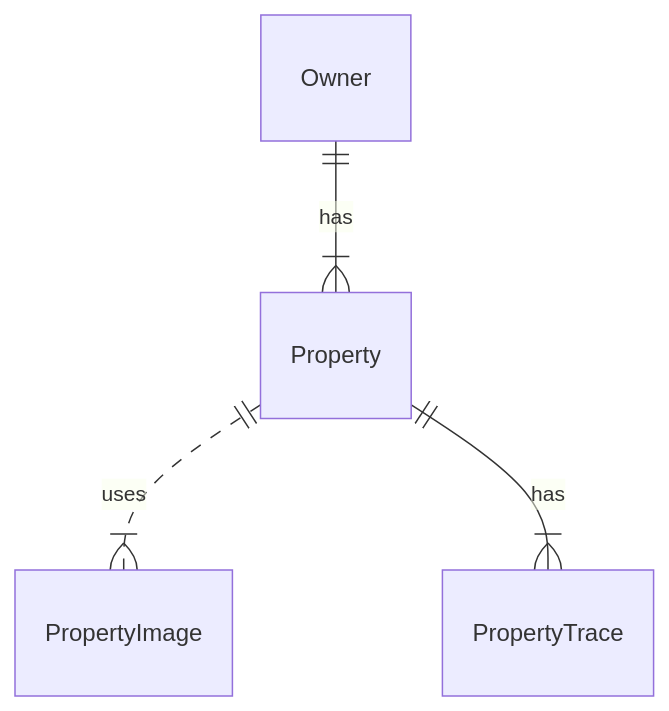
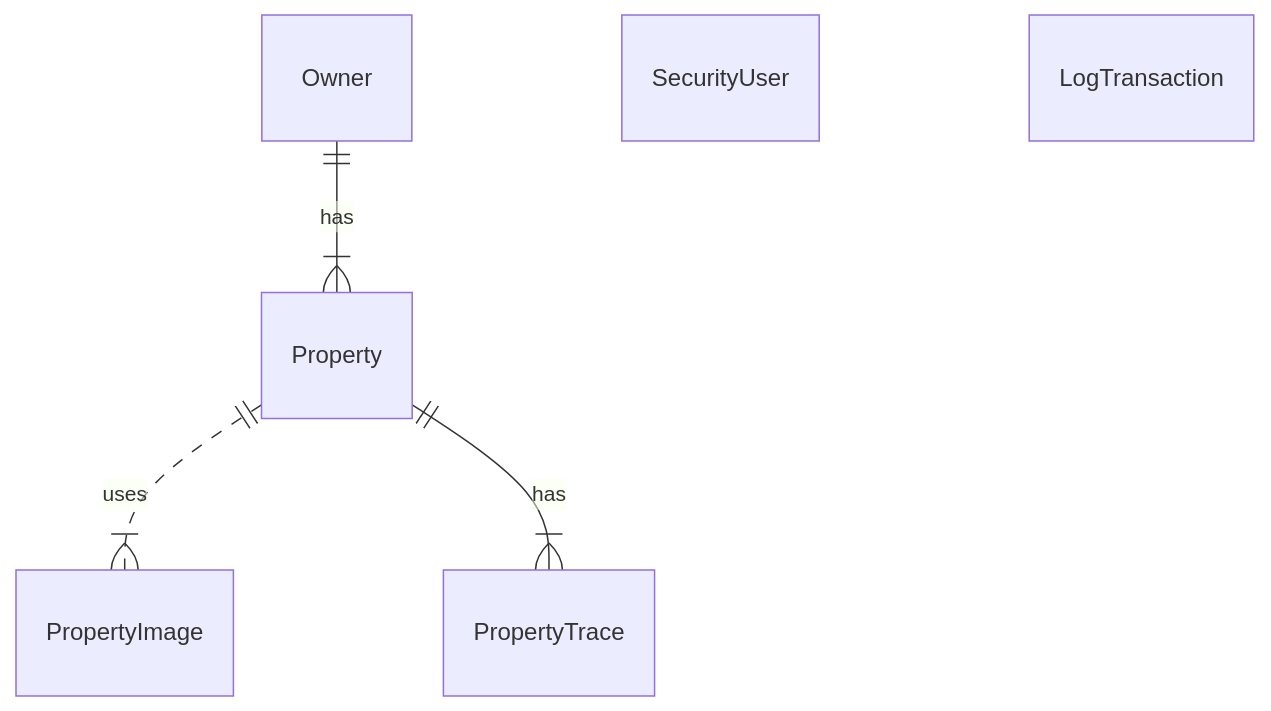
The second of 4 diagrams in README.md (javiardodev/PruebaMillion), drawn with Mermaid before and after one commit. The commit also changed other lines of this file, not shown here.

````diff
--- a/README.md
+++ b/README.md
@@ -295,6 +297,8 @@
 ```mermaid
 erDiagram
     Owner ||--|{ Property : has
     Property ||..|{ PropertyImage : uses
     Property ||--|{ PropertyTrace : has
+    SecurityUser
+    LogTransaction
 ```
````
